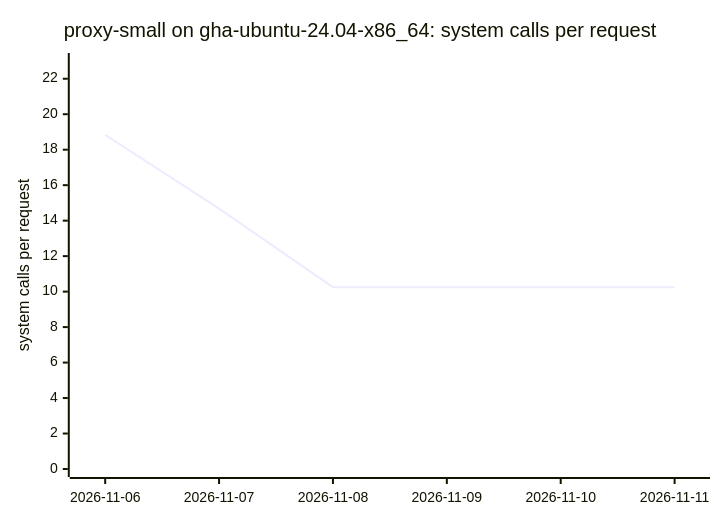
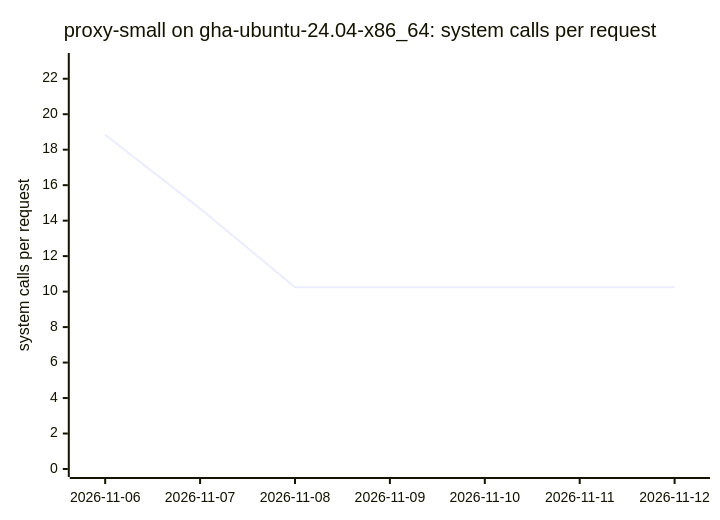
One commit to ThePixelPilgrim/durchlauferhitzer changed diagram 13 of 18 in BENCHMARKS.md. Above: the diagram before and after it, drawn with Mermaid. The commit also changed other lines of this file and 1 other file, not shown here.

````diff
--- a/BENCHMARKS.md
+++ b/BENCHMARKS.md
@@ -148,7 +148,7 @@
 ```mermaid
 xychart-beta
   title "proxy-small on gha-ubuntu-24.04-x86_64: system calls per request"
-  x-axis ["2026-11-06", "2026-11-07", "2026-11-08", "2026-11-09", "2026-11-10", "2026-11-11"]
+  x-axis ["2026-11-06", "2026-11-07", "2026-11-08", "2026-11-09", "2026-11-10", "2026-11-11", "2026-11-12"]
   y-axis "system calls per request" 0 --> 23
-  line [18.84, 14.68, 10.25, 10.25, 10.25, 10.25]
+  line [18.84, 14.68, 10.25, 10.25, 10.25, 10.25, 10.25]
 ```
````
